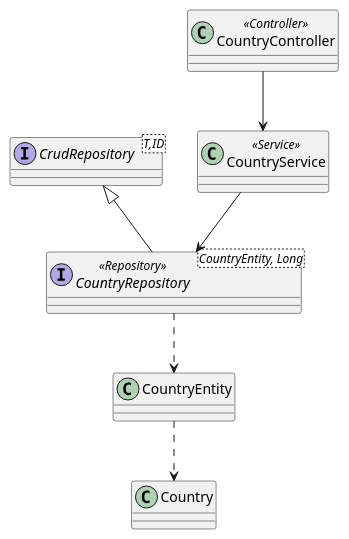
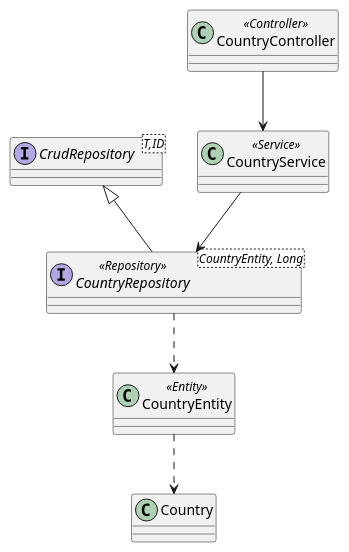
Before and after one commit to laminba2003/spring-rest-services: the first of 4 diagrams in src/main/asciidoc/index.adoc, drawn with PlantUML. The commit also changed other lines of this file, not shown here.

Commit message:
improvements

```diff
--- a/src/main/asciidoc/index.adoc
+++ b/src/main/asciidoc/index.adoc
@@ -24,30 +24,30 @@
 [plantuml, GetCountries-class-diagram, png]
 ----
 class Country {
 
 }
 
-class CountryEntity {
+class CountryEntity <<Entity>> {
 
 }
 
 interface CountryRepository<CountryEntity, Long> <<Repository>> {
 }
 
 interface CrudRepository<T,ID> {
 }
 
 class CountryService <<Service>> {
 }
 
 class CountryController <<Controller>> {
 }
 
 
 CountryEntity ..> Country
 CountryRepository ..> CountryEntity
 CrudRepository <|-- CountryRepository
 CountryService --> CountryRepository
 CountryController --> CountryService
 
 ----
```
